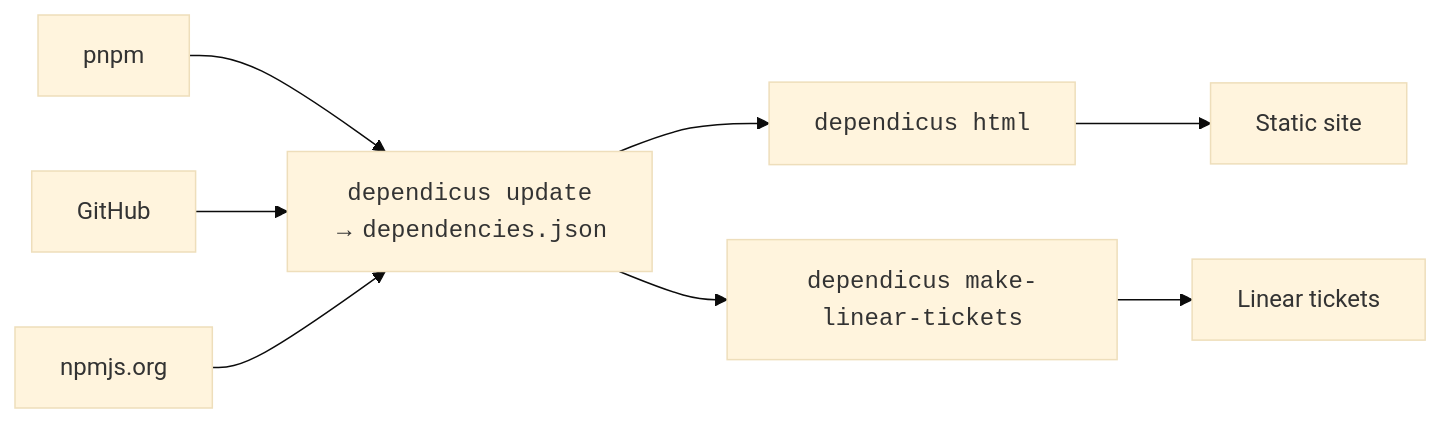
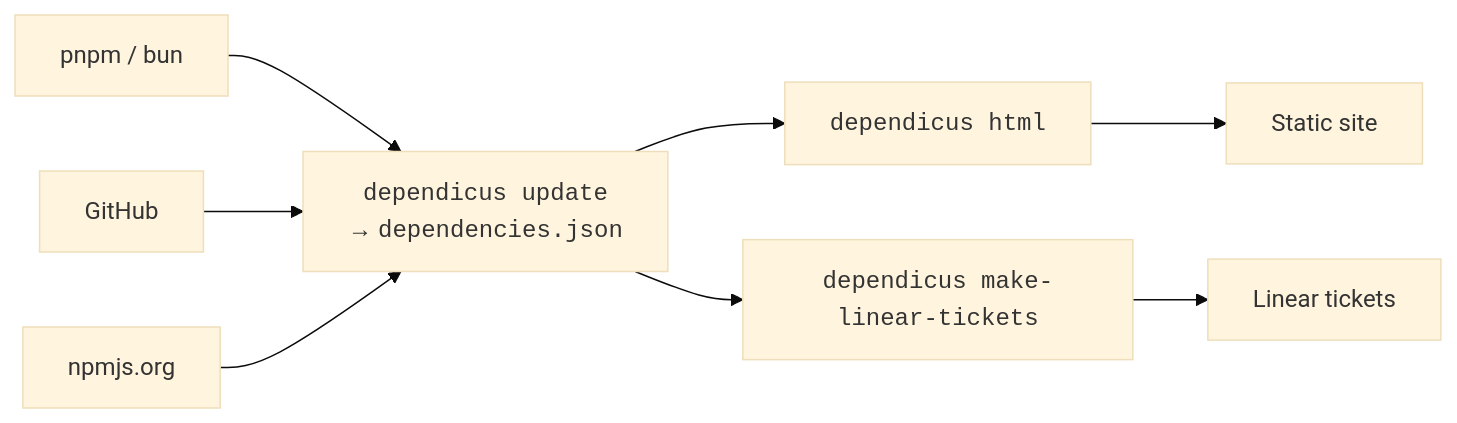
One commit to descriptinc/dependicus changed the diagram in docs/docs/index.md. Above: the diagram before and after it, drawn with Mermaid (base theme). The commit also changed other lines of this file and 8 other files, not shown here.

````diff
--- a/docs/docs/index.md
+++ b/docs/docs/index.md
@@ -9,11 +9,11 @@
 ```mermaid
 graph LR
-    pnpm --> dependicus-update["<tt>dependicus update</tt><br>&rarr; <tt>dependencies.json</tt>"]
+    lockfile["pnpm / bun"] --> dependicus-update["<tt>dependicus update</tt><br>&rarr; <tt>dependencies.json</tt>"]
     GitHub --> dependicus-update
     npmjs.org --> dependicus-update
     dependicus-update --> dependicus-html["<tt>dependicus html</tt>"]
     dependicus-update --> dependicus-make-linear-tickets["<tt>dependicus make-linear-tickets</tt>"]
 
     dependicus-html --> static-site["Static site"]
     dependicus-make-linear-tickets --> linear-tickets["Linear tickets"]
 ```
````
